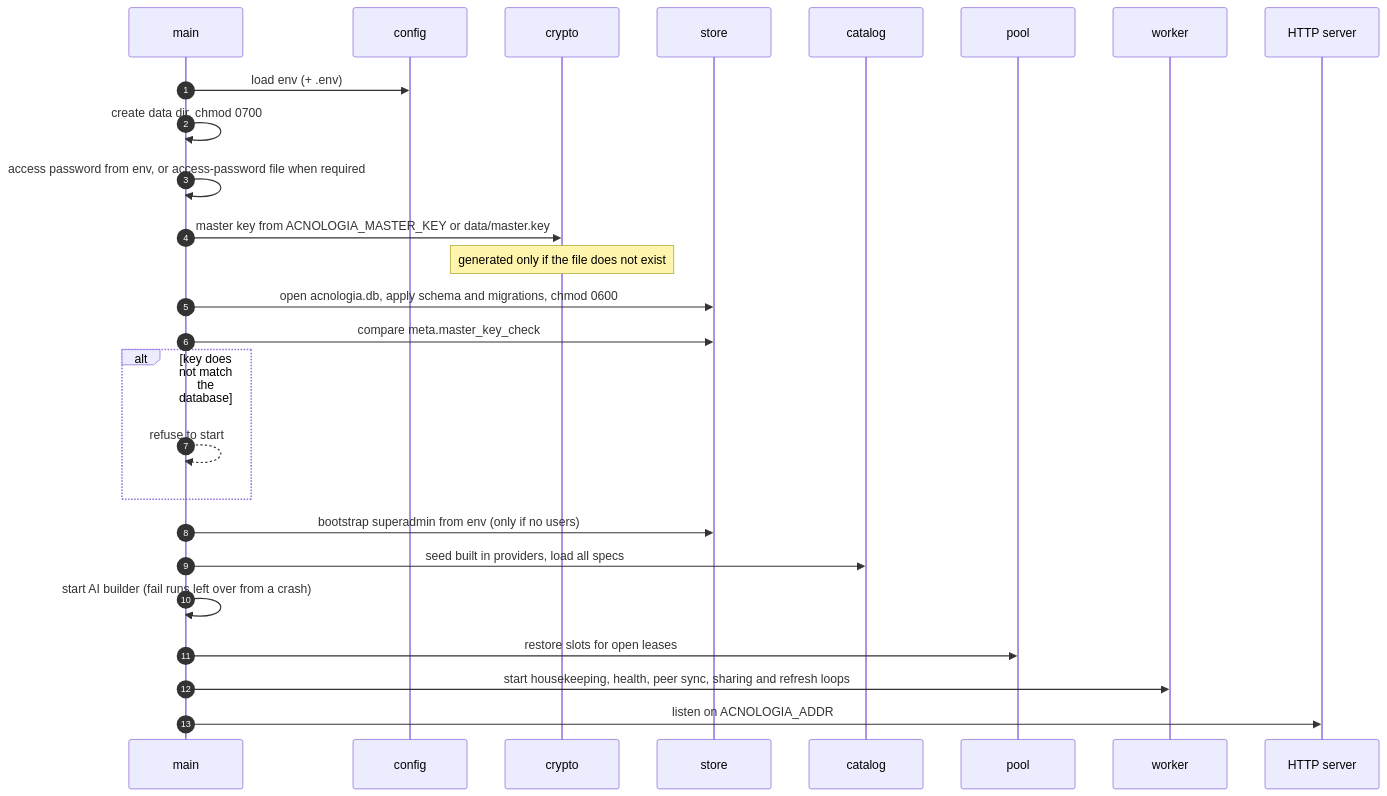
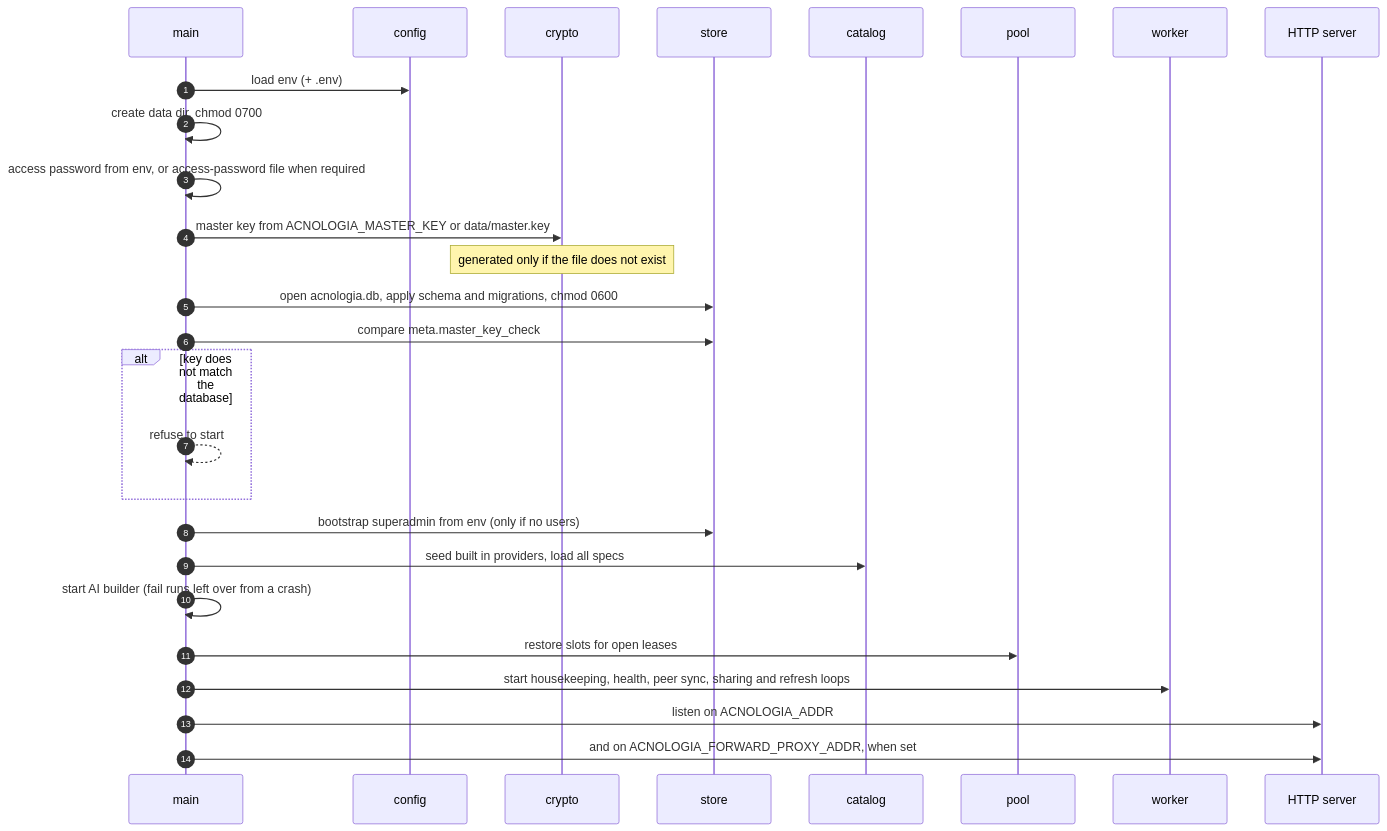
One commit to sidharthpunathil/acnologia changed the fourth of 6 diagrams in server/internal/docsmd/files/architecture.md. Above: the diagram before and after it, drawn with Mermaid. The commit also changed other lines of this file and 73 other files, not shown here.

First line of the commit message:
Let apps use Acnologia as their HTTPS_PROXY and call provider URLs directly

````diff
--- a/server/internal/docsmd/files/architecture.md
+++ b/server/internal/docsmd/files/architecture.md
@@ -431,29 +445,30 @@
 ```mermaid
 sequenceDiagram
     autonumber
     participant M as main
     participant C as config
     participant K as crypto
     participant S as store
     participant Cat as catalog
     participant P as pool
     participant W as worker
     participant H as HTTP server
 
     M->>C: load env (+ .env)
     M->>M: create data dir, chmod 0700
     M->>M: access password from env, or access-password file when required
     M->>K: master key from ACNOLOGIA_MASTER_KEY or data/master.key
     Note over K: generated only if the file does not exist
     M->>S: open acnologia.db, apply schema and migrations, chmod 0600
     M->>S: compare meta.master_key_check
     alt key does not match the database
         M-->>M: refuse to start
     end
     M->>S: bootstrap superadmin from env (only if no users)
     M->>Cat: seed built in providers, load all specs
     M->>M: start AI builder (fail runs left over from a crash)
     M->>P: restore slots for open leases
     M->>W: start housekeeping, health, peer sync, sharing and refresh loops
     M->>H: listen on ACNOLOGIA_ADDR
+    M->>H: and on ACNOLOGIA_FORWARD_PROXY_ADDR, when set
 ```
````
